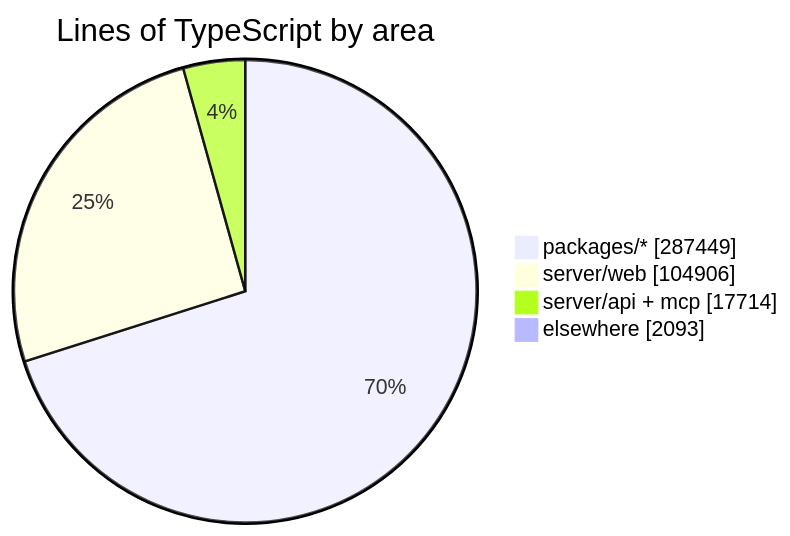
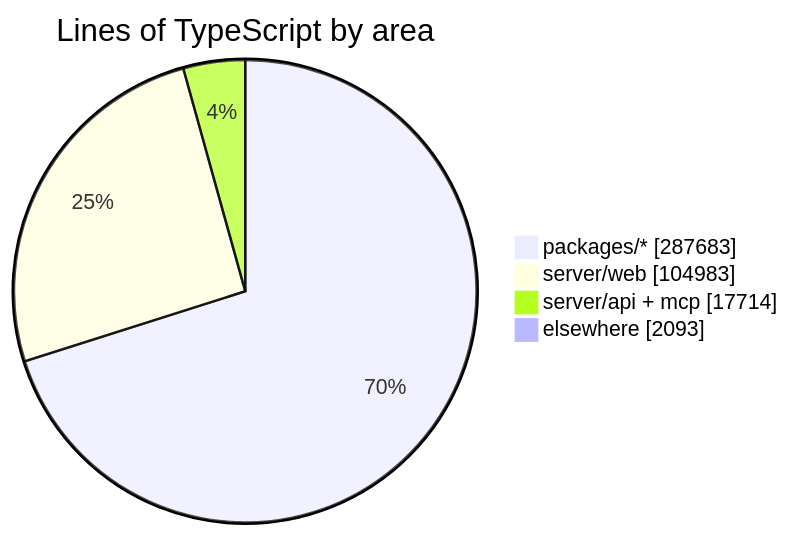
One commit to crossworks-engineering/mantle changed the diagram in README.md. Above: the diagram before and after it, drawn with Mermaid. The commit also changed other lines of this file and 2 other files, not shown here.

````diff
--- a/README.md
+++ b/README.md
@@ -294,7 +294,7 @@
 ```mermaid
 pie showData title Lines of TypeScript by area
-    "packages/*" : 287449
-    "server/web" : 104906
+    "packages/*" : 287683
+    "server/web" : 104983
     "server/api + mcp" : 17714
     "elsewhere" : 2093
 ```
````
